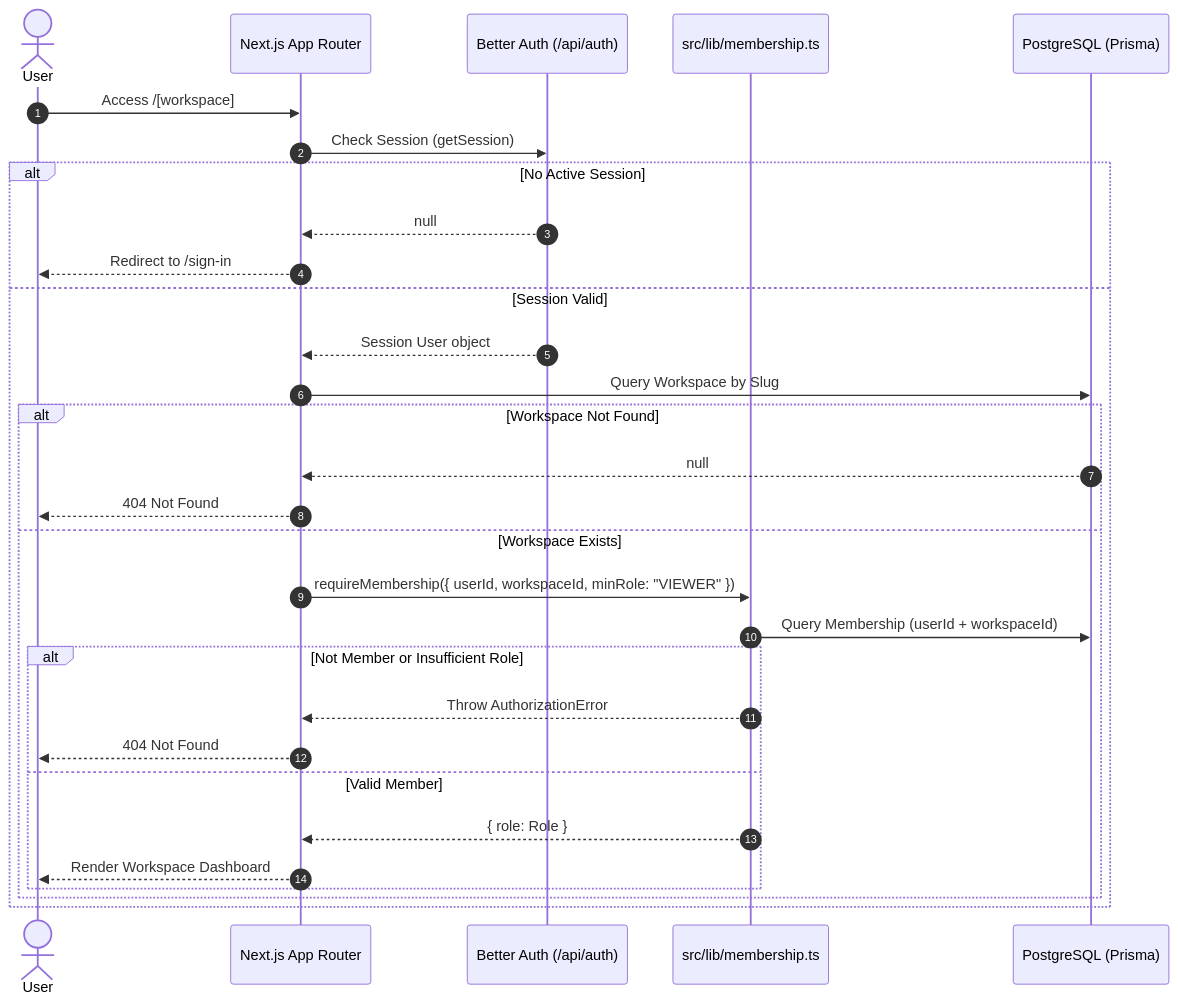
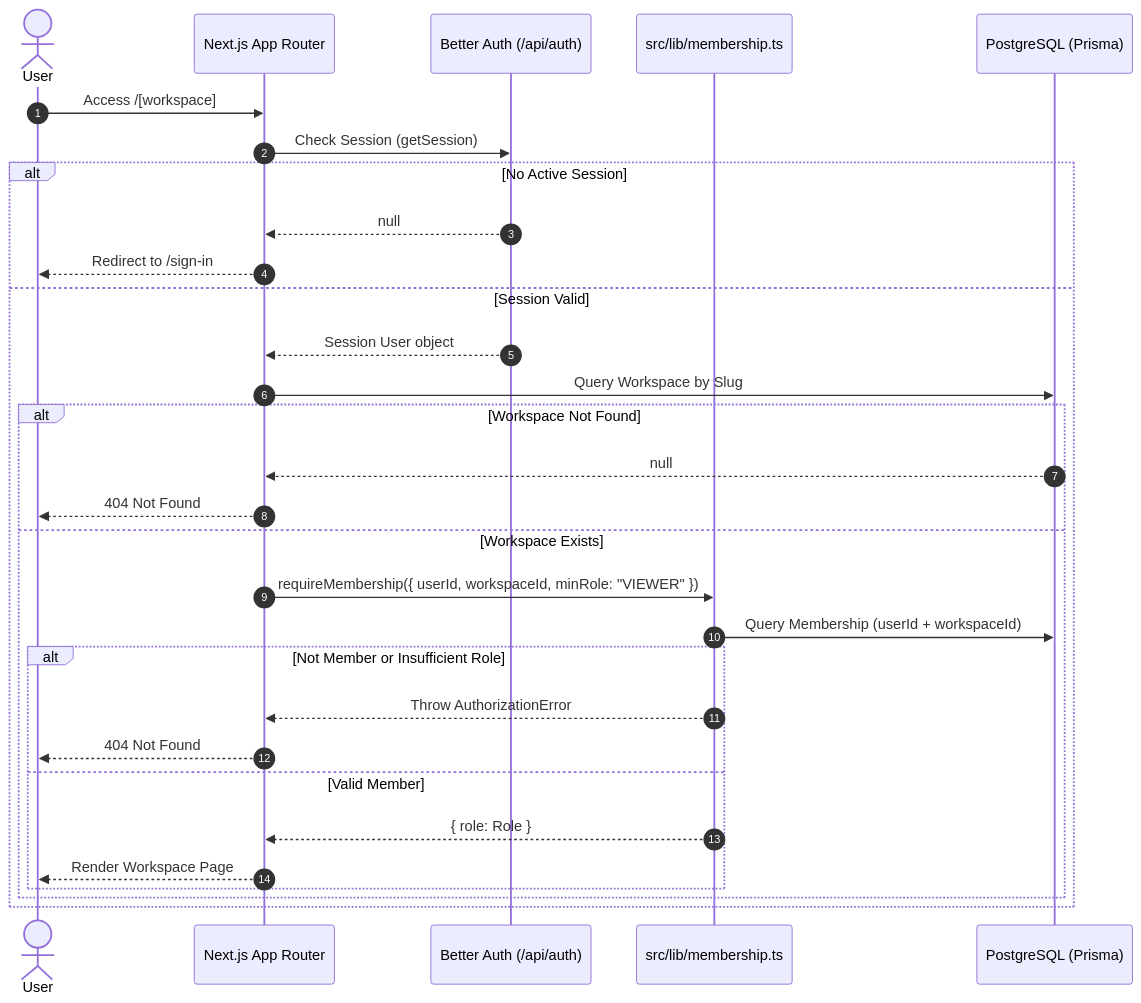
Before and after one commit to joaoricardofp/incident-flow: the diagram in README.md, drawn with Mermaid. The commit also changed other lines of this file, not shown here.

````diff
--- a/README.md
+++ b/README.md
@@ -280,33 +330,33 @@
 ```mermaid
 sequenceDiagram
     autonumber
     actor User
     participant App as Next.js App Router
     participant Auth as Better Auth (/api/auth)
     participant AuthLib as src/lib/membership.ts
     participant DB as PostgreSQL (Prisma)
 
     User->>App: Access /[workspace]
     App->>Auth: Check Session (getSession)
     alt No Active Session
         Auth-->>App: null
         App-->>User: Redirect to /sign-in
     else Session Valid
         Auth-->>App: Session User object
         App->>DB: Query Workspace by Slug
         alt Workspace Not Found
             DB-->>App: null
             App-->>User: 404 Not Found
         else Workspace Exists
             App->>AuthLib: requireMembership({ userId, workspaceId, minRole: "VIEWER" })
             AuthLib->>DB: Query Membership (userId + workspaceId)
             alt Not Member or Insufficient Role
                 AuthLib-->>App: Throw AuthorizationError
                 App-->>User: 404 Not Found
             else Valid Member
                 AuthLib-->>App: { role: Role }
-                App-->>User: Render Workspace Dashboard
+                App-->>User: Render Workspace Page
             end
         end
     end
 ```
````
